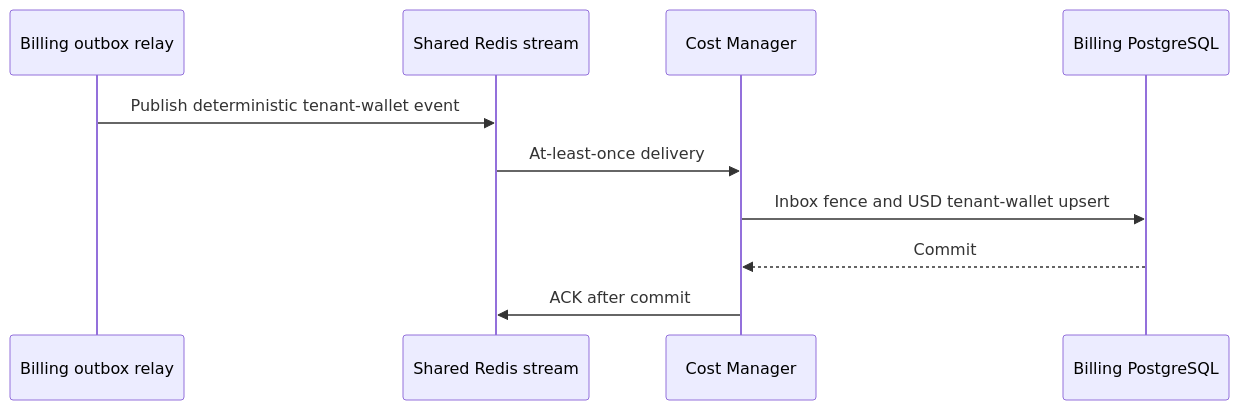
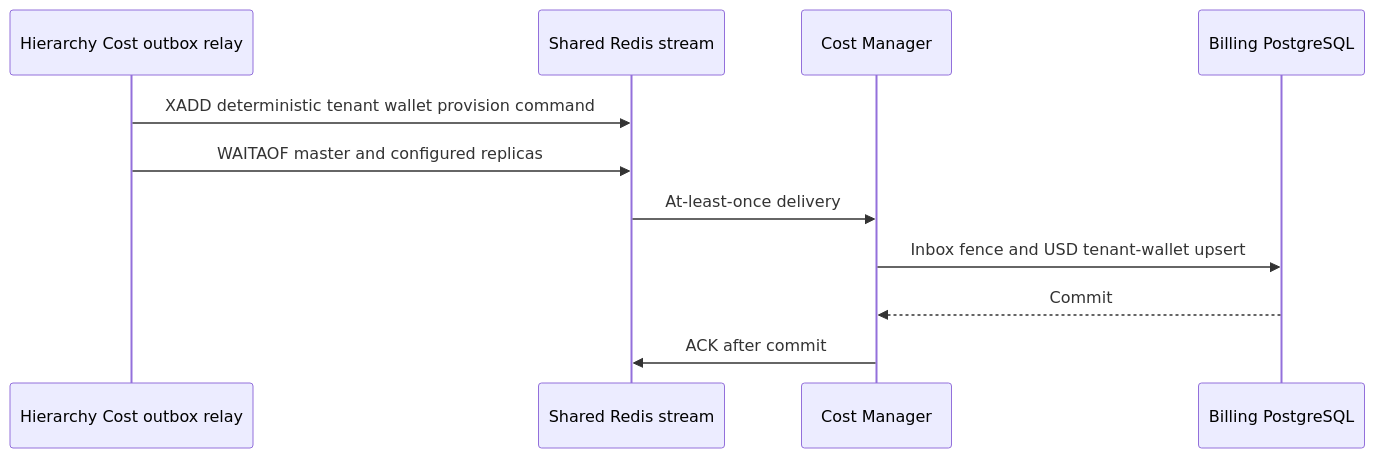
Before and after one commit to phucle996/aurora: the third of 3 diagrams in god_view/hierarchy/tenant_create_god_view_workflow.md, drawn with Mermaid. The commit also changed other lines of this file and 24 other files, not shown here.

Commit message:
feat(hierarchy): relay tenant wallet provision

````diff
--- a/god_view/hierarchy/tenant_create_god_view_workflow.md
+++ b/god_view/hierarchy/tenant_create_god_view_workflow.md
@@ -118,13 +118,14 @@
 ```mermaid
 sequenceDiagram
-    participant O as Billing outbox relay
+    participant O as Hierarchy Cost outbox relay
     participant Q as Shared Redis stream
     participant CM as Cost Manager
     participant B as Billing PostgreSQL
 
-    O->>Q: Publish deterministic tenant-wallet event
+    O->>Q: XADD deterministic tenant wallet provision command
+    O->>Q: WAITAOF master and configured replicas
     Q->>CM: At-least-once delivery
     CM->>B: Inbox fence and USD tenant-wallet upsert
     B-->>CM: Commit
     CM->>Q: ACK after commit
 ```
````
